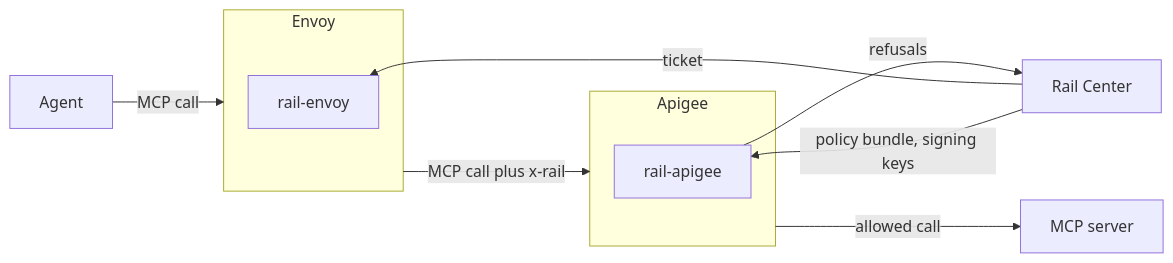
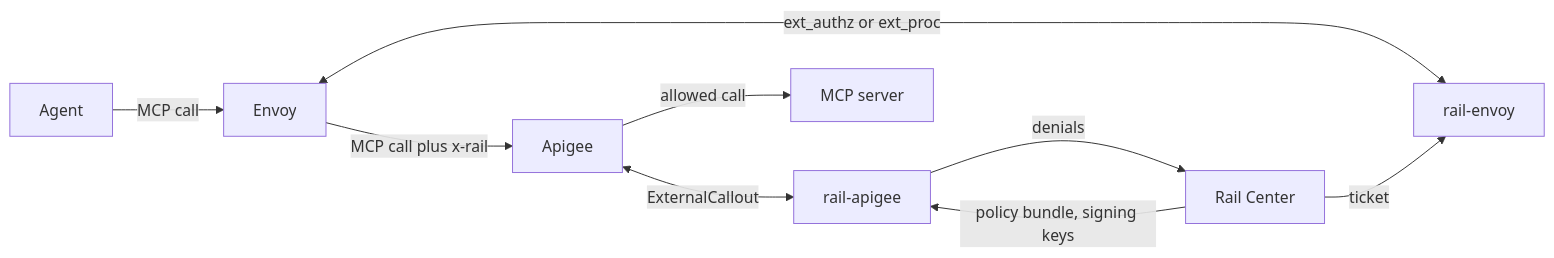
One commit to datrail/railguard changed the diagram in README.md. Above: the diagram before and after it, drawn with Mermaid. The commit also changed other lines of this file and 10 other files, not shown here.

Commit message:
DR-268: Review fixes to the READMEs and CONFIGURATION.md's test: denials not refusals, startup order, gaps in the scan

````diff
--- a/README.md
+++ b/README.md
@@ -13,15 +13,11 @@
 ```mermaid
 flowchart LR
-  agent[Agent] -->|MCP call| proxy
-  subgraph proxy[Envoy]
-    envoy[rail-envoy]
-  end
-  proxy -->|MCP call plus x-rail| gateway
-  subgraph gateway[Apigee]
-    apigee[rail-apigee]
-  end
-  gateway -->|allowed call| server[MCP server]
-  center[Rail Center] -->|ticket| envoy
-  center -->|policy bundle, signing keys| apigee
-  apigee -->|refusals| center
+  agent[Agent] -->|MCP call| envoy[Envoy]
+  envoy <-->|ext_authz or ext_proc| railenvoy[rail-envoy]
+  envoy -->|MCP call plus x-rail| apigee[Apigee]
+  apigee <-->|ExternalCallout| railapigee[rail-apigee]
+  apigee -->|allowed call| server[MCP server]
+  center[Rail Center] -->|ticket| railenvoy
+  center -->|policy bundle, signing keys| railapigee
+  railapigee -->|denials| center
 ```
````
